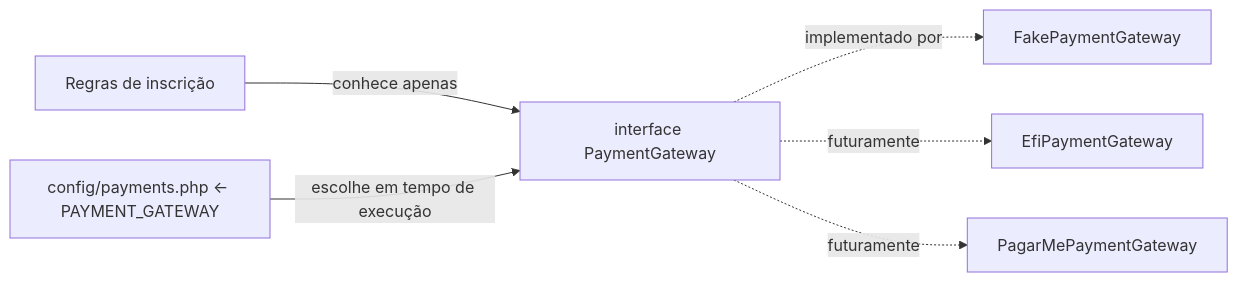
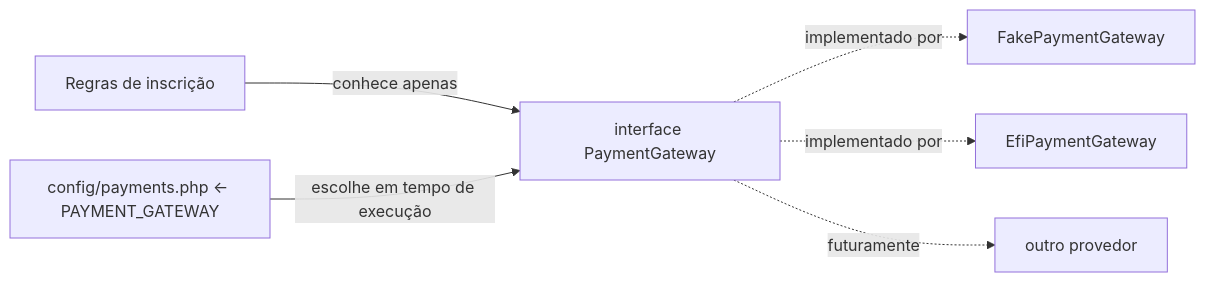
Before and after one commit to walberjefferson/gerenciador_eventos_ccc: the fifth of 6 diagrams in docs/ARCHITECTURE.md, drawn with Mermaid. The commit also changed other lines of this file and 4 other files, not shown here.

````diff
--- a/docs/ARCHITECTURE.md
+++ b/docs/ARCHITECTURE.md
@@ -341,8 +350,8 @@
 ```mermaid
 flowchart LR
     DOM[Regras de inscrição] -->|conhece apenas| CT[interface PaymentGateway]
     CT -.implementado por.-> FK[FakePaymentGateway]
-    CT -.futuramente.-> EF[EfiPaymentGateway]
-    CT -.futuramente.-> PM[PagarMePaymentGateway]
+    CT -.implementado por.-> EF[EfiPaymentGateway]
+    CT -.futuramente.-> PM[outro provedor]
     CFG[config/payments.php ← PAYMENT_GATEWAY] -->|escolhe em tempo de execução| CT
 ```
````
